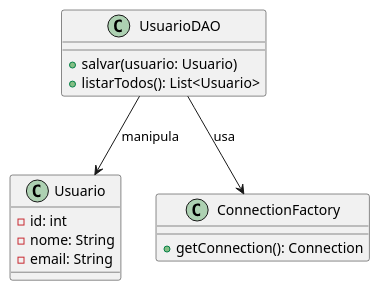
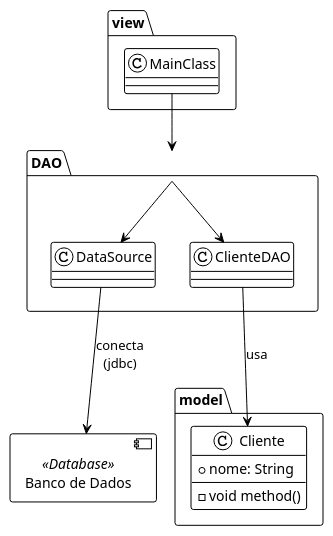
Before and after one commit to gbitd/MonitoriaPOO: the diagram in ExemploPersistenciaJDBC/diagrama.puml, drawn with PlantUML.

Commit message:
Melhorando o diagrama

```diff
--- a/ExemploPersistenciaJDBC/diagrama.puml
+++ b/ExemploPersistenciaJDBC/diagrama.puml
@@ -1,21 +1,29 @@
 @startuml
+!theme plain
+allowmixing
 
-class Usuario {
-  - id: int
-  - nome: String
-  - email: String
+package "view" {
+    class "MainClass" as MainClass
 }
 
-class UsuarioDAO {
-  + salvar(usuario: Usuario)
-  + listarTodos(): List<Usuario>
+package "DAO" {
+    class "DataSource" as DataSource
+    class "ClienteDAO" as ClienteDAO
 }
 
-class ConnectionFactory {
-  + getConnection(): Connection
+package "model" {
+    class "Cliente" as Cliente {
+        + nome: String
+        - void method()
+    }
 }
 
-UsuarioDAO --> ConnectionFactory : usa
-UsuarioDAO --> Usuario : manipula
+component "Banco de Dados" as BD <<Database>>
+
+MainClass --> DAO
+DAO --> DataSource
+DAO --> ClienteDAO
+ClienteDAO --> Cliente : usa
+DataSource --> BD : conecta\n(jdbc)
 
 @enduml
```
